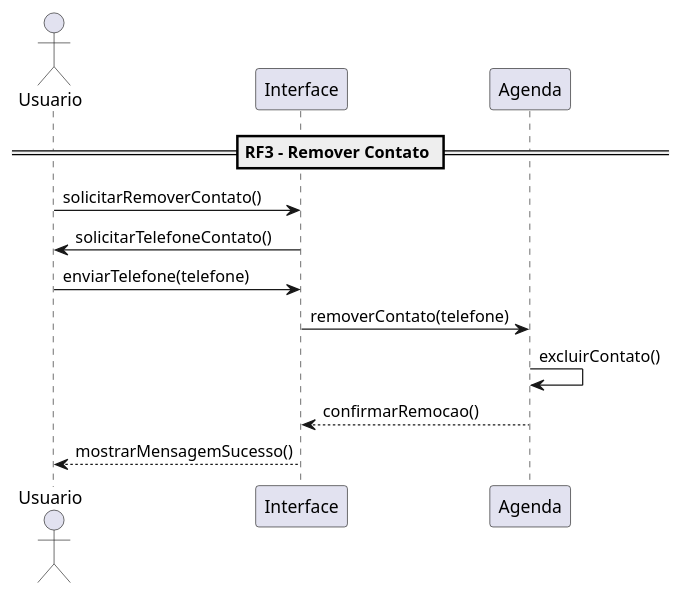
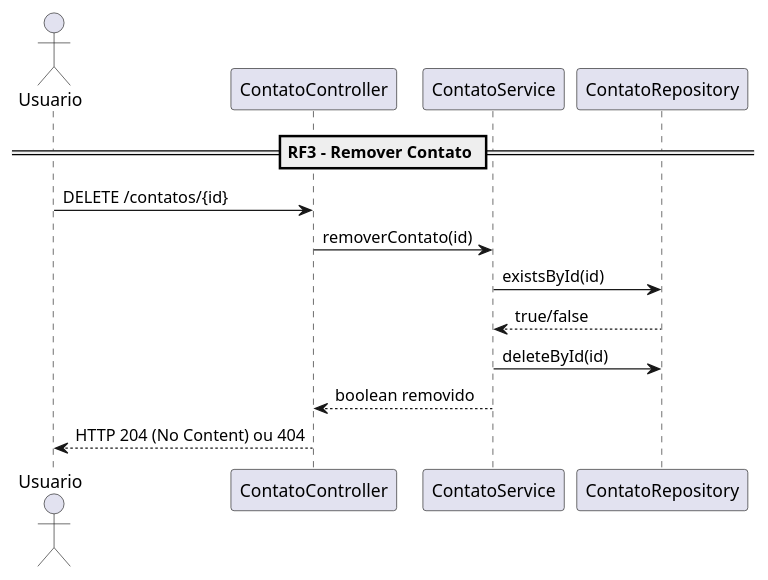
The third of 7 diagrams in diagrama.puml (rafaelontour/agenda_es), drawn with PlantUML before and after one commit. The commit also changed other lines of this file and 4 other files, not shown here.

```diff
--- a/diagrama.puml
+++ b/diagrama.puml
@@ -40,17 +50,15 @@
 @startuml
-' =======================================================
-' RF3 – Remover Contato
-' =======================================================
 actor Usuario
-participant "Interface" as UI
-participant "Agenda" as Agenda
+participant "ContatoController" as CC
+participant "ContatoService" as CS
+participant "ContatoRepository" as CR
 
-== RF3 - Remover Contato ==
-Usuario -> UI : solicitarRemoverContato()
-UI -> Usuario : solicitarTelefoneContato()
-Usuario -> UI : enviarTelefone(telefone)
-UI -> Agenda : removerContato(telefone)
-Agenda -> Agenda : excluirContato()
-Agenda --> UI : confirmarRemocao()
-UI --> Usuario : mostrarMensagemSucesso()
+== RF3 – Remover Contato ==
+Usuario -> CC : DELETE /contatos/{id}
+CC -> CS : removerContato(id)
+CS -> CR : existsById(id)
+CR --> CS : true/false
+CS -> CR : deleteById(id)
+CS --> CC : boolean removido
+CC --> Usuario : HTTP 204 (No Content) ou 404
 @enduml
```
